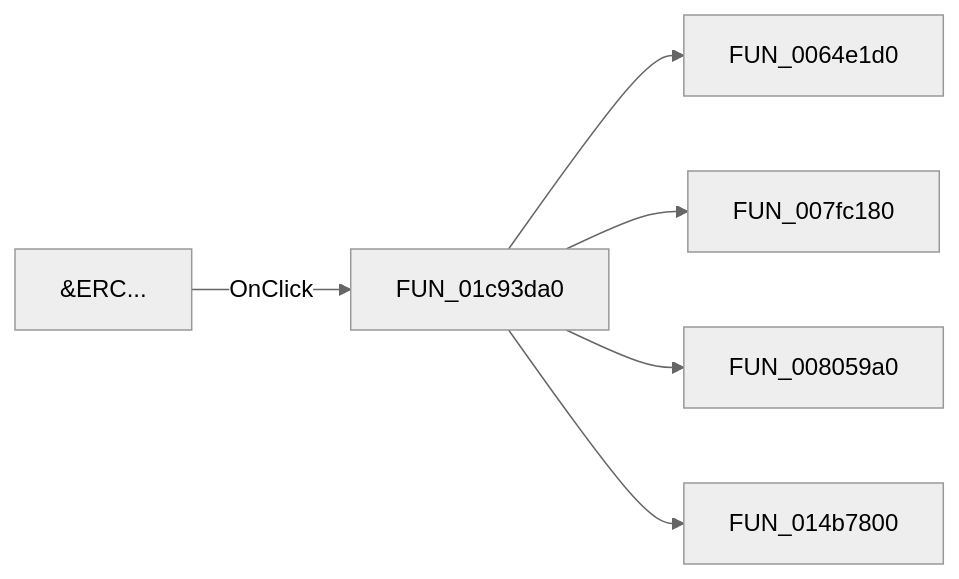
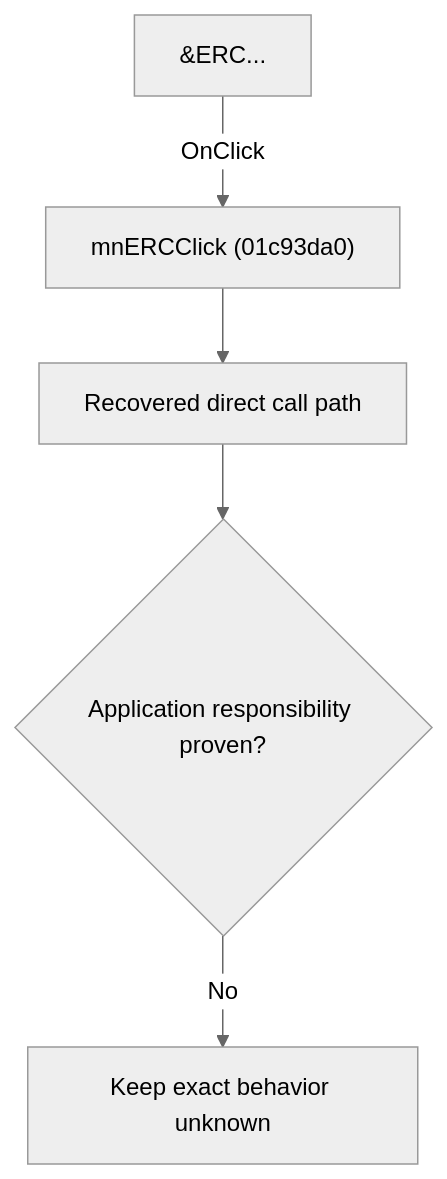
The diagram in docs/ui-controls/schematiceditor/mnerc-f9b8bde07b.md (MovGP0/TIARA), drawn with Mermaid (neutral theme) before and after one commit. The commit also changed other lines of this file and 1062 other files, not shown here.

````diff
--- a/docs/ui-controls/schematiceditor/mnerc-f9b8bde07b.md
+++ b/docs/ui-controls/schematiceditor/mnerc-f9b8bde07b.md
@@ -27,8 +27,7 @@
 ```mermaid
-flowchart LR
-    control["&ERC..."] -->|OnClick| handler["FUN_01c93da0"]
-    handler --> call1["FUN_0064e1d0"]
-    handler --> call2["FUN_007fc180"]
-    handler --> call3["FUN_008059a0"]
-    handler --> call4["FUN_014b7800"]
+flowchart TD
+    control["&ERC..."] -->|"OnClick"| handler["mnERCClick (01c93da0)"]
+    handler --> recovered["Recovered direct call path"]
+    recovered --> gap{"Application responsibility proven?"}
+    gap -->|"No"| blocked["Keep exact behavior unknown"]
 ```
````
